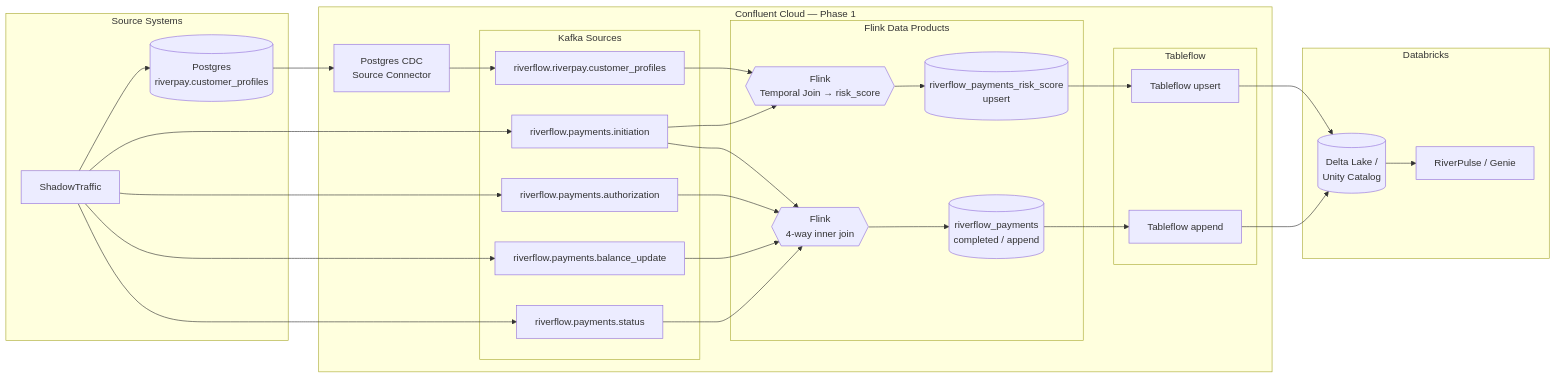
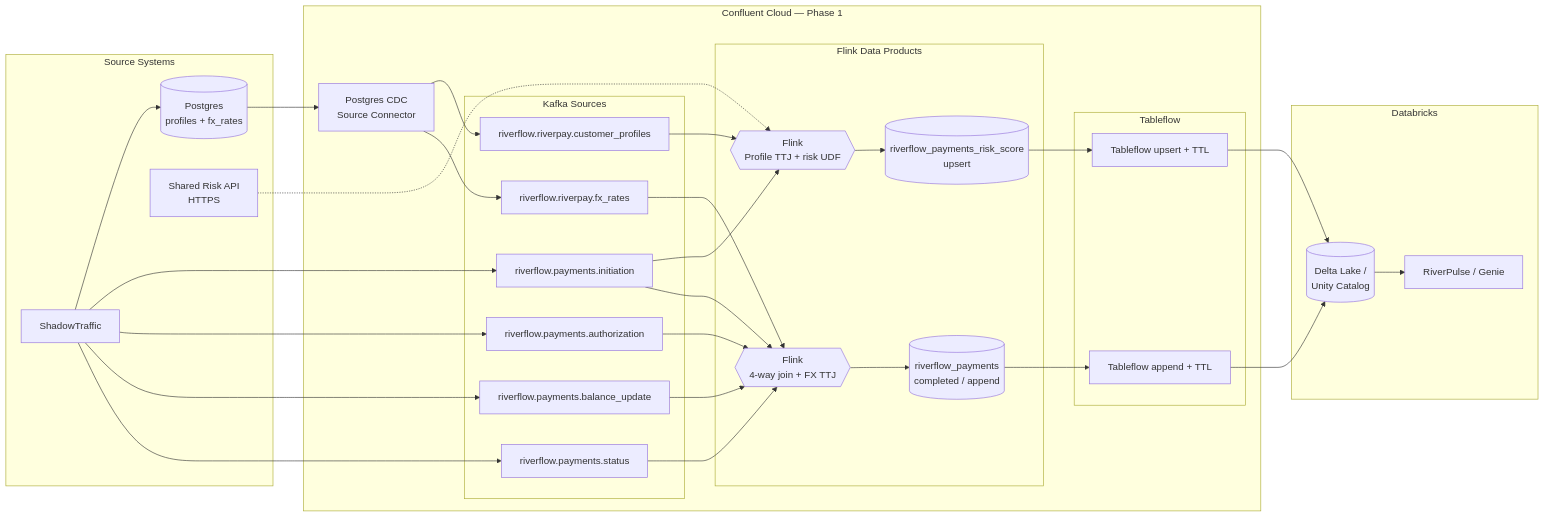
Before and after one commit to confluentinc/workshop-fsi-payments: the diagram in context/fsi_payments_workshop_architecture.md, drawn with Mermaid. The commit also changed other lines of this file and 190 other files, not shown here.

````diff
--- a/context/fsi_payments_workshop_architecture.md
+++ b/context/fsi_payments_workshop_architecture.md
@@ -13,30 +15,34 @@
 ```mermaid
 flowchart LR
     ST["ShadowTraffic"]
-    PG[("Postgres<br/>riverpay.customer_profiles")]
+    PG[("Postgres<br/>profiles + fx_rates")]
+    RISK_API["Shared Risk API<br/>HTTPS"]
 
     subgraph SRC["Source Systems"]
         ST
         PG
+        RISK_API
     end
 
     CDC["Postgres CDC<br/>Source Connector"]
     T_CDC["riverflow.riverpay.customer_profiles"]
+    T_FX["riverflow.riverpay.fx_rates"]
     T_INIT["riverflow.payments.initiation"]
     T_AUTH["riverflow.payments.authorization"]
     T_BAL["riverflow.payments.balance_update"]
     T_STAT["riverflow.payments.status"]
     T_PAY[("riverflow_payments<br/>completed / append")]
     T_RISK[("riverflow_payments_risk_score<br/>upsert")]
-    FLINK_PAY{{"Flink<br/>4-way inner join"}}
-    FLINK_RISK{{"Flink<br/>Temporal Join → risk_score"}}
-    TF_PAY["Tableflow append"]
-    TF_RISK["Tableflow upsert"]
+    FLINK_PAY{{"Flink<br/>4-way join + FX TTJ"}}
+    FLINK_RISK{{"Flink<br/>Profile TTJ + risk UDF"}}
+    TF_PAY["Tableflow append + TTL"]
+    TF_RISK["Tableflow upsert + TTL"]
 
     subgraph CC["Confluent Cloud — Phase 1"]
         CDC
         subgraph TOPICS["Kafka Sources"]
             T_CDC
+            T_FX
             T_INIT
             T_AUTH
             T_BAL
@@ -68,16 +74,20 @@
     ST --> T_BAL
     ST --> T_STAT
 
-    PG --> CDC --> T_CDC
+    PG --> CDC
+    CDC --> T_CDC
+    CDC --> T_FX
 
     T_CDC --> FLINK_RISK
     T_INIT --> FLINK_RISK
+    RISK_API -.-> FLINK_RISK
     FLINK_RISK --> T_RISK
 
     T_INIT --> FLINK_PAY
     T_AUTH --> FLINK_PAY
     T_BAL --> FLINK_PAY
     T_STAT --> FLINK_PAY
+    T_FX --> FLINK_PAY
     FLINK_PAY --> T_PAY
 
     T_PAY --> TF_PAY
````
